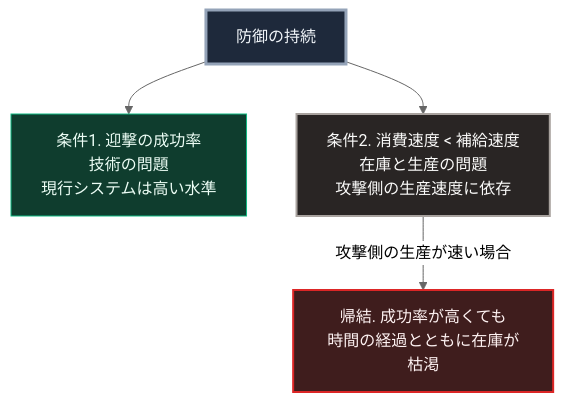
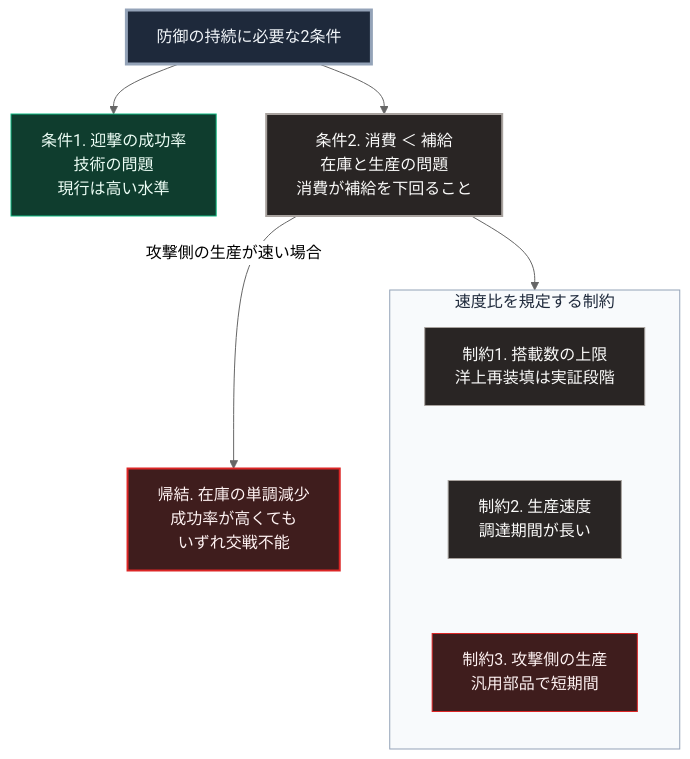
One commit to Takenori-Kusaka/zenn-content changed the diagram in books/sovereign-resilience-blueprint/22_ai-asymmetric-warfare-math.md. Above: the diagram before and after it, drawn with Mermaid (neutral theme). The commit also changed other lines of this file and 114 other files, not shown here.

````diff
--- a/books/sovereign-resilience-blueprint/22_ai-asymmetric-warfare-math.md
+++ b/books/sovereign-resilience-blueprint/22_ai-asymmetric-warfare-math.md
@@ -63,12 +63,22 @@
 ```mermaid
 flowchart TD
-    D[防御の持続]
-    D --> C1[条件1. 迎撃の成功率<br>技術の問題<br>現行システムは高い水準]
-    D --> C2[条件2. 消費速度 < 補給速度<br>在庫と生産の問題<br>攻撃側の生産速度に依存]
-    C2 -->|攻撃側の生産が速い場合| F[帰結. 成功率が高くても<br>時間の経過とともに在庫が枯渇]
+    D[防御の持続に必要な2条件]
+    D --> C1[条件1. 迎撃の成功率<br>技術の問題<br>現行は高い水準]
+    D --> C2[条件2. 消費 ＜ 補給<br>在庫と生産の問題<br>消費が補給を下回ること]
+    subgraph G[速度比を規定する制約]
+        direction TB
+        K1[制約1. 搭載数の上限<br>洋上再装填は実証段階] ~~~ K2[制約2. 生産速度<br>調達期間が長い]
+        K2 ~~~ K3[制約3. 攻撃側の生産<br>汎用部品で短期間]
+    end
+    C2 -->|攻撃側の生産が速い場合| F[帰結. 在庫の単調減少<br>成功率が高くても<br>いずれ交戦不能]
+    C2 --> G
 
     style D fill:#1e293b,stroke:#94a3b8,stroke-width:3px,color:#f1f5f9
     style C1 fill:#0f3d2e,stroke:#10b981,color:#ecfdf5
     style C2 fill:#292524,stroke:#a8a29e,stroke-width:2px,color:#fafaf9
     style F fill:#3f1d1d,stroke:#dc2626,stroke-width:2px,color:#fef2f2
+    style K1 fill:#292524,stroke:#a8a29e,color:#fafaf9
+    style K2 fill:#292524,stroke:#a8a29e,color:#fafaf9
+    style K3 fill:#3f1d1d,stroke:#dc2626,color:#fef2f2
+    style G fill:#f8fafc,stroke:#94a3b8,color:#1e293b
 ```
````
